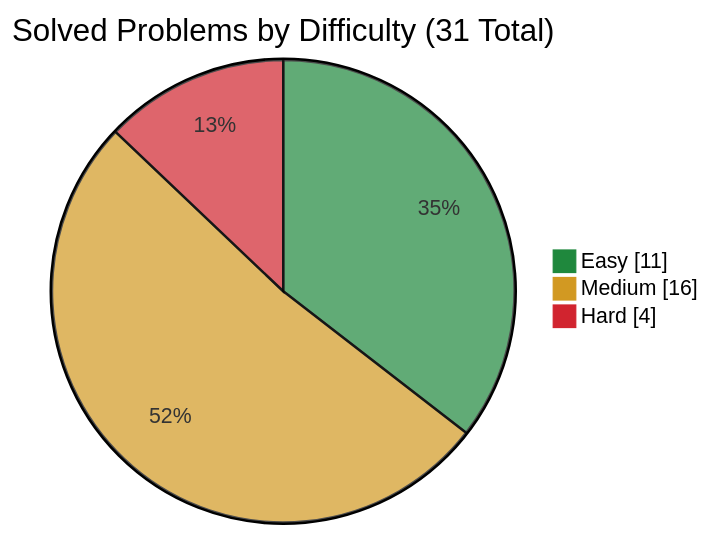
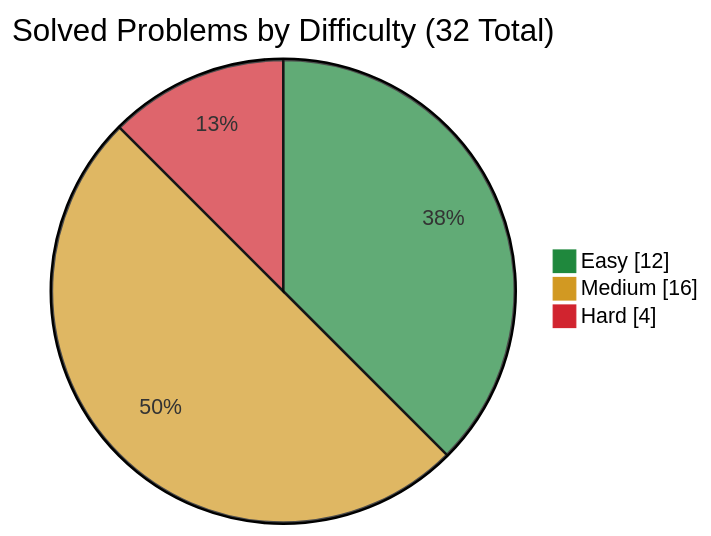
The first of 3 diagrams in README.md (simonesiega/leetcode-solutions), drawn with Mermaid before and after one commit. The commit also changed other lines of this file and 3 other files, not shown here.

````diff
--- a/README.md
+++ b/README.md
@@ -67,8 +67,8 @@
 ```mermaid
 %%{init: {"themeVariables": {"pie1": "#1f883d", "pie2": "#d29922", "pie3": "#d1242f"}}}%%
 pie showData
-    title Solved Problems by Difficulty (31 Total)
-    "Easy" : 11
+    title Solved Problems by Difficulty (32 Total)
+    "Easy" : 12
     "Medium" : 16
     "Hard" : 4
 ```
````
